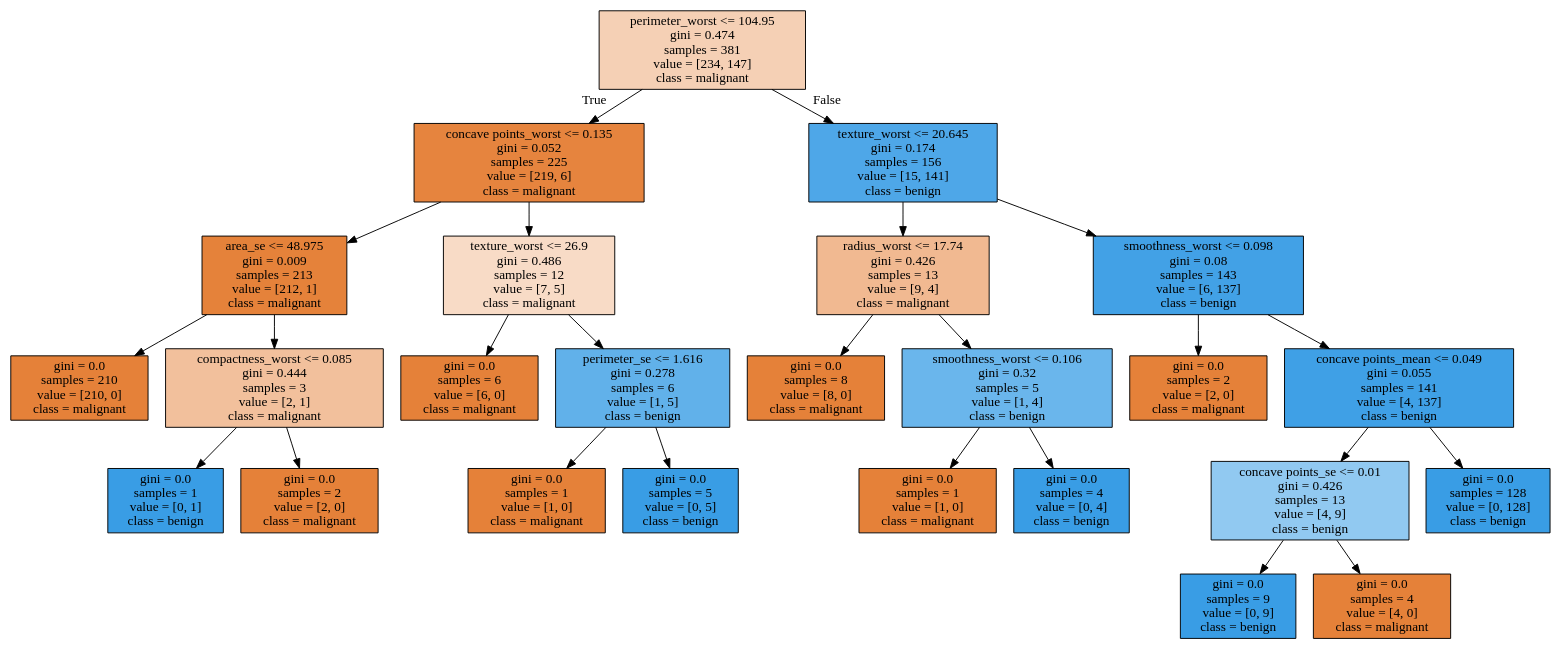
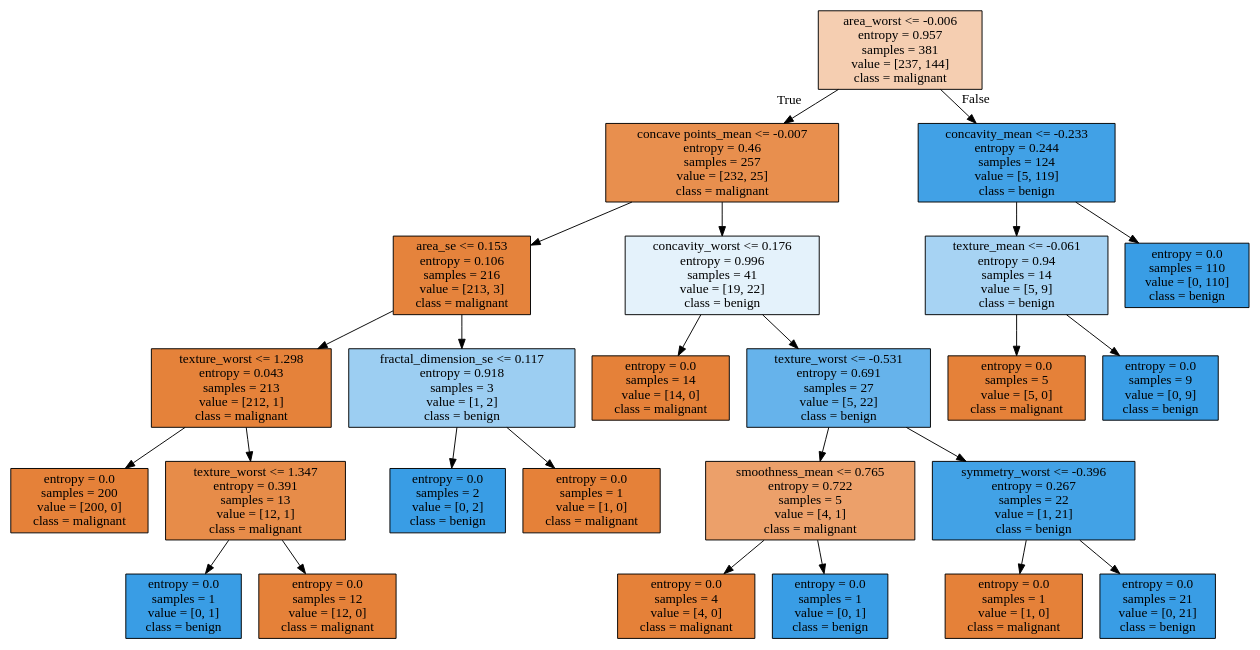
One commit to bridget-haus/DSCI552-Machine-Learning changed the diagram in final_project/tree.dot. Above: the diagram before and after it, drawn with Graphviz. The commit also changed 4 other files, not shown here.

```diff
--- a/final_project/tree.dot
+++ b/final_project/tree.dot
@@ -1,52 +1,52 @@
 digraph Tree {
 node [shape=box, style="filled", color="black"] ;
-0 [label="perimeter_worst <= 104.95\ngini = 0.474\nsamples = 381\nvalue = [234, 147]\nclass = malignant", fillcolor="#f5d0b5"] ;
-1 [label="concave points_worst <= 0.135\ngini = 0.052\nsamples = 225\nvalue = [219, 6]\nclass = malignant", fillcolor="#e6843e"] ;
+0 [label="area_worst <= -0.006\nentropy = 0.957\nsamples = 381\nvalue = [237, 144]\nclass = malignant", fillcolor="#f5ceb1"] ;
+1 [label="concave points_mean <= -0.007\nentropy = 0.46\nsamples = 257\nvalue = [232, 25]\nclass = malignant", fillcolor="#e88f4e"] ;
 0 -> 1 [labeldistance=2.5, labelangle=45, headlabel="True"] ;
-2 [label="area_se <= 48.975\ngini = 0.009\nsamples = 213\nvalue = [212, 1]\nclass = malignant", fillcolor="#e5823a"] ;
+2 [label="area_se <= 0.153\nentropy = 0.106\nsamples = 216\nvalue = [213, 3]\nclass = malignant", fillcolor="#e5833c"] ;
 1 -> 2 ;
-3 [label="gini = 0.0\nsamples = 210\nvalue = [210, 0]\nclass = malignant", fillcolor="#e58139"] ;
+3 [label="texture_worst <= 1.298\nentropy = 0.043\nsamples = 213\nvalue = [212, 1]\nclass = malignant", fillcolor="#e5823a"] ;
 2 -> 3 ;
-4 [label="compactness_worst <= 0.085\ngini = 0.444\nsamples = 3\nvalue = [2, 1]\nclass = malignant", fillcolor="#f2c09c"] ;
-2 -> 4 ;
-5 [label="gini = 0.0\nsamples = 1\nvalue = [0, 1]\nclass = benign", fillcolor="#399de5"] ;
-4 -> 5 ;
-6 [label="gini = 0.0\nsamples = 2\nvalue = [2, 0]\nclass = malignant", fillcolor="#e58139"] ;
-4 -> 6 ;
-7 [label="texture_worst <= 26.9\ngini = 0.486\nsamples = 12\nvalue = [7, 5]\nclass = malignant", fillcolor="#f8dbc6"] ;
-1 -> 7 ;
-8 [label="gini = 0.0\nsamples = 6\nvalue = [6, 0]\nclass = malignant", fillcolor="#e58139"] ;
-7 -> 8 ;
-9 [label="perimeter_se <= 1.616\ngini = 0.278\nsamples = 6\nvalue = [1, 5]\nclass = benign", fillcolor="#61b1ea"] ;
-7 -> 9 ;
-10 [label="gini = 0.0\nsamples = 1\nvalue = [1, 0]\nclass = malignant", fillcolor="#e58139"] ;
-9 -> 10 ;
-11 [label="gini = 0.0\nsamples = 5\nvalue = [0, 5]\nclass = benign", fillcolor="#399de5"] ;
-9 -> 11 ;
-12 [label="texture_worst <= 20.645\ngini = 0.174\nsamples = 156\nvalue = [15, 141]\nclass = benign", fillcolor="#4ea7e8"] ;
-0 -> 12 [labeldistance=2.5, labelangle=-45, headlabel="False"] ;
-13 [label="radius_worst <= 17.74\ngini = 0.426\nsamples = 13\nvalue = [9, 4]\nclass = malignant", fillcolor="#f1b991"] ;
-12 -> 13 ;
-14 [label="gini = 0.0\nsamples = 8\nvalue = [8, 0]\nclass = malignant", fillcolor="#e58139"] ;
+4 [label="entropy = 0.0\nsamples = 200\nvalue = [200, 0]\nclass = malignant", fillcolor="#e58139"] ;
+3 -> 4 ;
+5 [label="texture_worst <= 1.347\nentropy = 0.391\nsamples = 13\nvalue = [12, 1]\nclass = malignant", fillcolor="#e78c49"] ;
+3 -> 5 ;
+6 [label="entropy = 0.0\nsamples = 1\nvalue = [0, 1]\nclass = benign", fillcolor="#399de5"] ;
+5 -> 6 ;
+7 [label="entropy = 0.0\nsamples = 12\nvalue = [12, 0]\nclass = malignant", fillcolor="#e58139"] ;
+5 -> 7 ;
+8 [label="fractal_dimension_se <= 0.117\nentropy = 0.918\nsamples = 3\nvalue = [1, 2]\nclass = benign", fillcolor="#9ccef2"] ;
+2 -> 8 ;
+9 [label="entropy = 0.0\nsamples = 2\nvalue = [0, 2]\nclass = benign", fillcolor="#399de5"] ;
+8 -> 9 ;
+10 [label="entropy = 0.0\nsamples = 1\nvalue = [1, 0]\nclass = malignant", fillcolor="#e58139"] ;
+8 -> 10 ;
+11 [label="concavity_worst <= 0.176\nentropy = 0.996\nsamples = 41\nvalue = [19, 22]\nclass = benign", fillcolor="#e4f2fb"] ;
+1 -> 11 ;
+12 [label="entropy = 0.0\nsamples = 14\nvalue = [14, 0]\nclass = malignant", fillcolor="#e58139"] ;
+11 -> 12 ;
+13 [label="texture_worst <= -0.531\nentropy = 0.691\nsamples = 27\nvalue = [5, 22]\nclass = benign", fillcolor="#66b3eb"] ;
+11 -> 13 ;
+14 [label="smoothness_mean <= 0.765\nentropy = 0.722\nsamples = 5\nvalue = [4, 1]\nclass = malignant", fillcolor="#eca06a"] ;
 13 -> 14 ;
-15 [label="smoothness_worst <= 0.106\ngini = 0.32\nsamples = 5\nvalue = [1, 4]\nclass = benign", fillcolor="#6ab6ec"] ;
-13 -> 15 ;
-16 [label="gini = 0.0\nsamples = 1\nvalue = [1, 0]\nclass = malignant", fillcolor="#e58139"] ;
-15 -> 16 ;
-17 [label="gini = 0.0\nsamples = 4\nvalue = [0, 4]\nclass = benign", fillcolor="#399de5"] ;
-15 -> 17 ;
-18 [label="smoothness_worst <= 0.098\ngini = 0.08\nsamples = 143\nvalue = [6, 137]\nclass = benign", fillcolor="#42a1e6"] ;
-12 -> 18 ;
-19 [label="gini = 0.0\nsamples = 2\nvalue = [2, 0]\nclass = malignant", fillcolor="#e58139"] ;
-18 -> 19 ;
-20 [label="concave points_mean <= 0.049\ngini = 0.055\nsamples = 141\nvalue = [4, 137]\nclass = benign", fillcolor="#3fa0e6"] ;
-18 -> 20 ;
-21 [label="concave points_se <= 0.01\ngini = 0.426\nsamples = 13\nvalue = [4, 9]\nclass = benign", fillcolor="#91c9f1"] ;
+15 [label="entropy = 0.0\nsamples = 4\nvalue = [4, 0]\nclass = malignant", fillcolor="#e58139"] ;
+14 -> 15 ;
+16 [label="entropy = 0.0\nsamples = 1\nvalue = [0, 1]\nclass = benign", fillcolor="#399de5"] ;
+14 -> 16 ;
+17 [label="symmetry_worst <= -0.396\nentropy = 0.267\nsamples = 22\nvalue = [1, 21]\nclass = benign", fillcolor="#42a2e6"] ;
+13 -> 17 ;
+18 [label="entropy = 0.0\nsamples = 1\nvalue = [1, 0]\nclass = malignant", fillcolor="#e58139"] ;
+17 -> 18 ;
+19 [label="entropy = 0.0\nsamples = 21\nvalue = [0, 21]\nclass = benign", fillcolor="#399de5"] ;
+17 -> 19 ;
+20 [label="concavity_mean <= -0.233\nentropy = 0.244\nsamples = 124\nvalue = [5, 119]\nclass = benign", fillcolor="#41a1e6"] ;
+0 -> 20 [labeldistance=2.5, labelangle=-45, headlabel="False"] ;
+21 [label="texture_mean <= -0.061\nentropy = 0.94\nsamples = 14\nvalue = [5, 9]\nclass = benign", fillcolor="#a7d3f3"] ;
 20 -> 21 ;
-22 [label="gini = 0.0\nsamples = 9\nvalue = [0, 9]\nclass = benign", fillcolor="#399de5"] ;
+22 [label="entropy = 0.0\nsamples = 5\nvalue = [5, 0]\nclass = malignant", fillcolor="#e58139"] ;
 21 -> 22 ;
-23 [label="gini = 0.0\nsamples = 4\nvalue = [4, 0]\nclass = malignant", fillcolor="#e58139"] ;
+23 [label="entropy = 0.0\nsamples = 9\nvalue = [0, 9]\nclass = benign", fillcolor="#399de5"] ;
 21 -> 23 ;
-24 [label="gini = 0.0\nsamples = 128\nvalue = [0, 128]\nclass = benign", fillcolor="#399de5"] ;
+24 [label="entropy = 0.0\nsamples = 110\nvalue = [0, 110]\nclass = benign", fillcolor="#399de5"] ;
 20 -> 24 ;
 }
```
